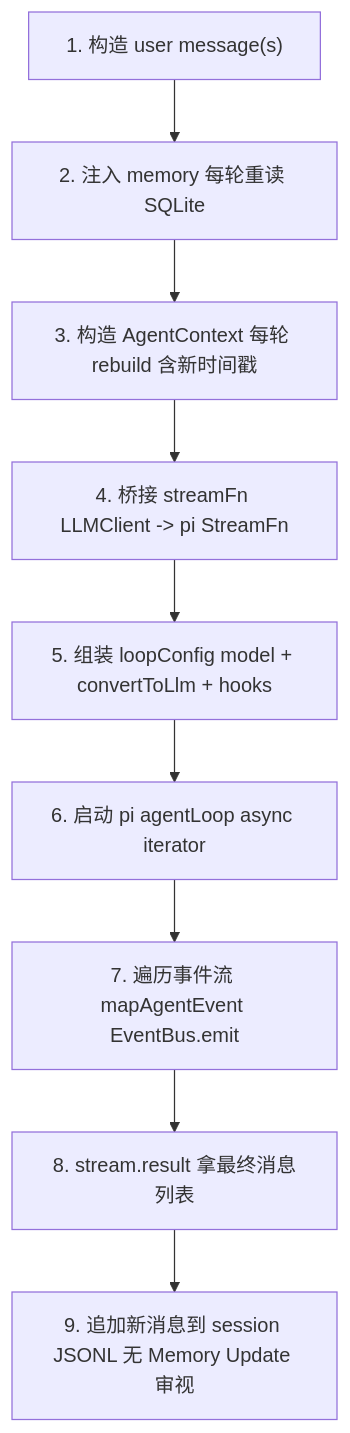
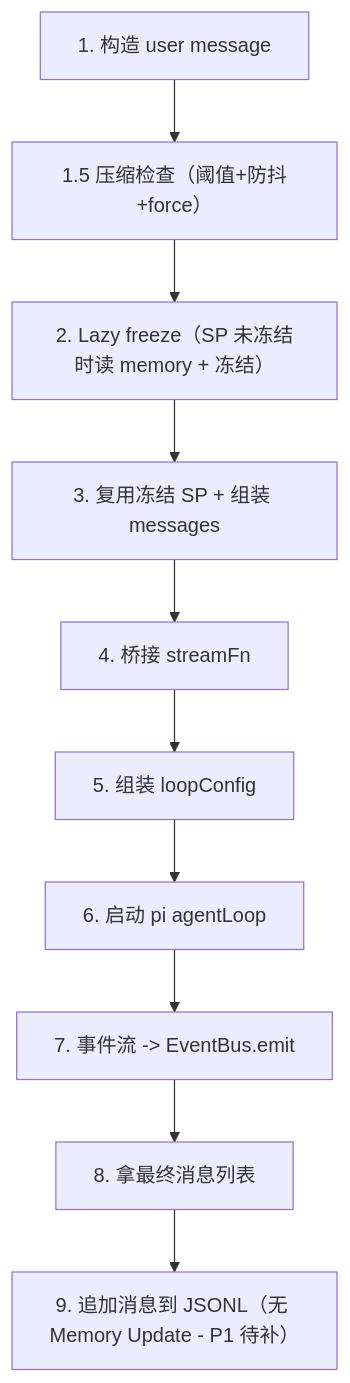
One commit to LunaticPum/vivlos changed the second of 3 diagrams in vivlos/docs/架构.md. Above: the diagram before and after it, drawn with Mermaid. The commit also changed other lines of this file and 1 other file, not shown here.

````diff
--- a/vivlos/docs/架构.md
+++ b/vivlos/docs/架构.md
@@ -117,12 +112,13 @@
 ```mermaid
 flowchart TD
-    S1["1. 构造 user message(s)"] --> S2
-    S2["2. 注入 memory 每轮重读 SQLite"] --> S3
-    S3["3. 构造 AgentContext 每轮 rebuild 含新时间戳"] --> S4
-    S4["4. 桥接 streamFn LLMClient -> pi StreamFn"] --> S5
-    S5["5. 组装 loopConfig model + convertToLlm + hooks"] --> S6
-    S6["6. 启动 pi agentLoop async iterator"] --> S7
-    S7["7. 遍历事件流 mapAgentEvent EventBus.emit"] --> S8
-    S8["8. stream.result 拿最终消息列表"] --> S9
-    S9["9. 追加新消息到 session JSONL 无 Memory Update 审视"]
+    S1["1. 构造 user message"] --> S1_5
+    S1_5["1.5 压缩检查（阈值+防抖+force）"] --> S2
+    S2["2. Lazy freeze（SP 未冻结时读 memory + 冻结）"] --> S3
+    S3["3. 复用冻结 SP + 组装 messages"] --> S4
+    S4["4. 桥接 streamFn"] --> S5
+    S5["5. 组装 loopConfig"] --> S6
+    S6["6. 启动 pi agentLoop"] --> S7
+    S7["7. 事件流 -> EventBus.emit"] --> S8
+    S8["8. 拿最终消息列表"] --> S9
+    S9["9. 追加消息到 JSONL（无 Memory Update - P1 待补）"]
 ```
````
